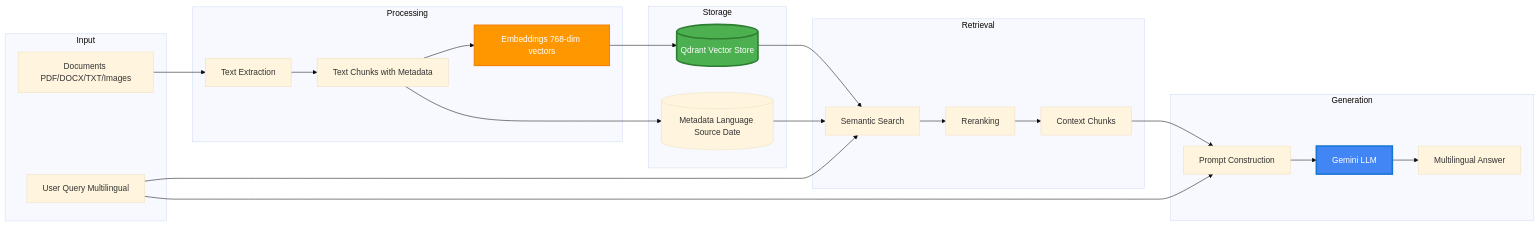
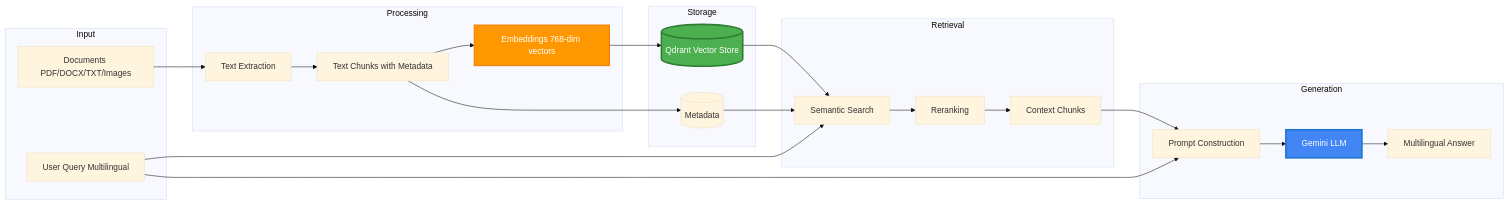
Before and after one commit to siv3sh/Client_Nisha_Ma-am: the fifth of 6 diagrams in ARCHITECTURE.md, drawn with Mermaid (base theme).

Commit message:
Fix data flow diagram - simplify metadata node label

````diff
--- a/ARCHITECTURE.md
+++ b/ARCHITECTURE.md
@@ -227,50 +227,50 @@
 ```mermaid
 flowchart LR
     subgraph Input["Input"]
         Doc[Documents PDF/DOCX/TXT/Images]
         Query[User Query Multilingual]
     end
     
     subgraph Processing["Processing"]
         Text[Text Extraction]
         Chunks[Text Chunks with Metadata]
         Embed[Embeddings 768-dim vectors]
     end
     
     subgraph Storage["Storage"]
         Vectors[(Qdrant Vector Store)]
-        Meta[(Metadata Language Source Date)]
+        Meta[(Metadata)]
     end
     
     subgraph Retrieval["Retrieval"]
         Search[Semantic Search]
         Rank[Reranking]
         Context[Context Chunks]
     end
     
     subgraph Generation["Generation"]
         Prompt[Prompt Construction]
         LLM[Gemini LLM]
         Answer[Multilingual Answer]
     end
     
     Doc --> Text
     Text --> Chunks
     Chunks --> Embed
     Embed --> Vectors
     Chunks --> Meta
     
     Query --> Search
     Vectors --> Search
     Meta --> Search
     Search --> Rank
     Rank --> Context
     Context --> Prompt
     Query --> Prompt
     Prompt --> LLM
     LLM --> Answer
     
     style Vectors fill:#4CAF50,stroke:#2E7D32,stroke-width:3px,color:#fff
     style LLM fill:#4285F4,stroke:#1976D2,stroke-width:3px,color:#fff
     style Embed fill:#FF9800,stroke:#F57C00,stroke-width:2px,color:#fff
 ```
````
